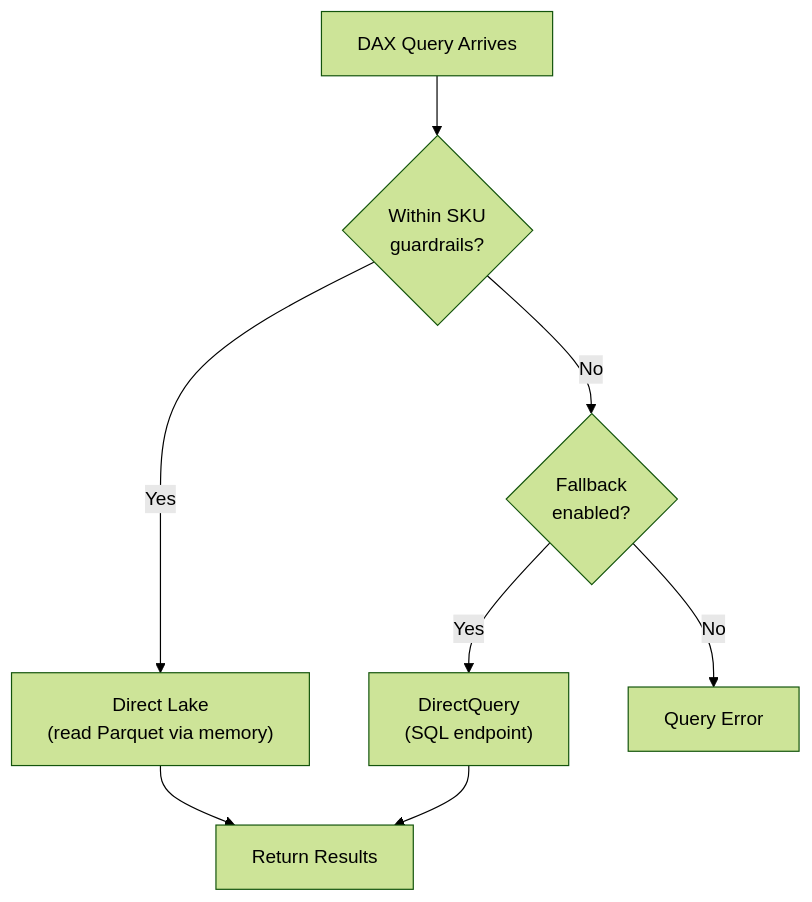
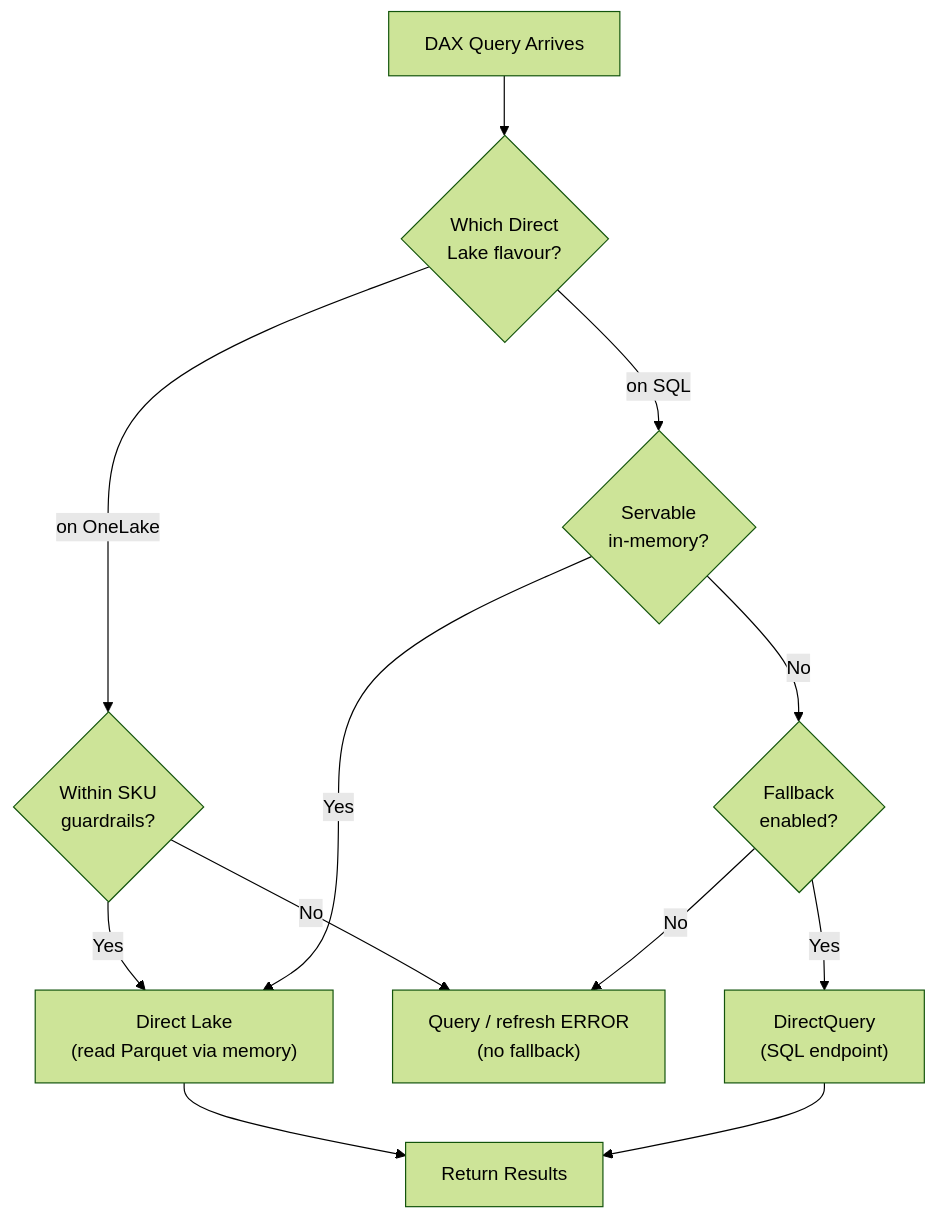
One commit to marcogrimaldi29/dp-600-study-notes changed the third of 3 diagrams in 04-quick-reference-cheatsheet.md. Above: the diagram before and after it, drawn with Mermaid (forest theme). The commit also changed other lines of this file and 3 other files, not shown here.

````diff
--- a/04-quick-reference-cheatsheet.md
+++ b/04-quick-reference-cheatsheet.md
@@ -237,10 +238,14 @@
 ```mermaid
 flowchart TD
-    Q["DAX Query Arrives"] --> G{Within SKU<br/>guardrails?}
-    G -- Yes --> DL["Direct Lake<br/>(read Parquet via memory)"]
-    G -- No --> FB{Fallback<br/>enabled?}
+    Q["DAX Query Arrives"] --> FLV{Which Direct<br/>Lake flavour?}
+    FLV -- "on OneLake" --> G1{Within SKU<br/>guardrails?}
+    G1 -- Yes --> DL["Direct Lake<br/>(read Parquet via memory)"]
+    G1 -- No --> ERR["Query / refresh ERROR<br/>(no fallback)"]
+    FLV -- "on SQL" --> G2{Servable<br/>in-memory?}
+    G2 -- Yes --> DL
+    G2 -- No --> FB{Fallback<br/>enabled?}
     FB -- Yes --> DQ["DirectQuery<br/>(SQL endpoint)"]
-    FB -- No --> ERR["Query Error"]
+    FB -- No --> ERR
     DL --> R["Return Results"]
     DQ --> R
 ```
````
